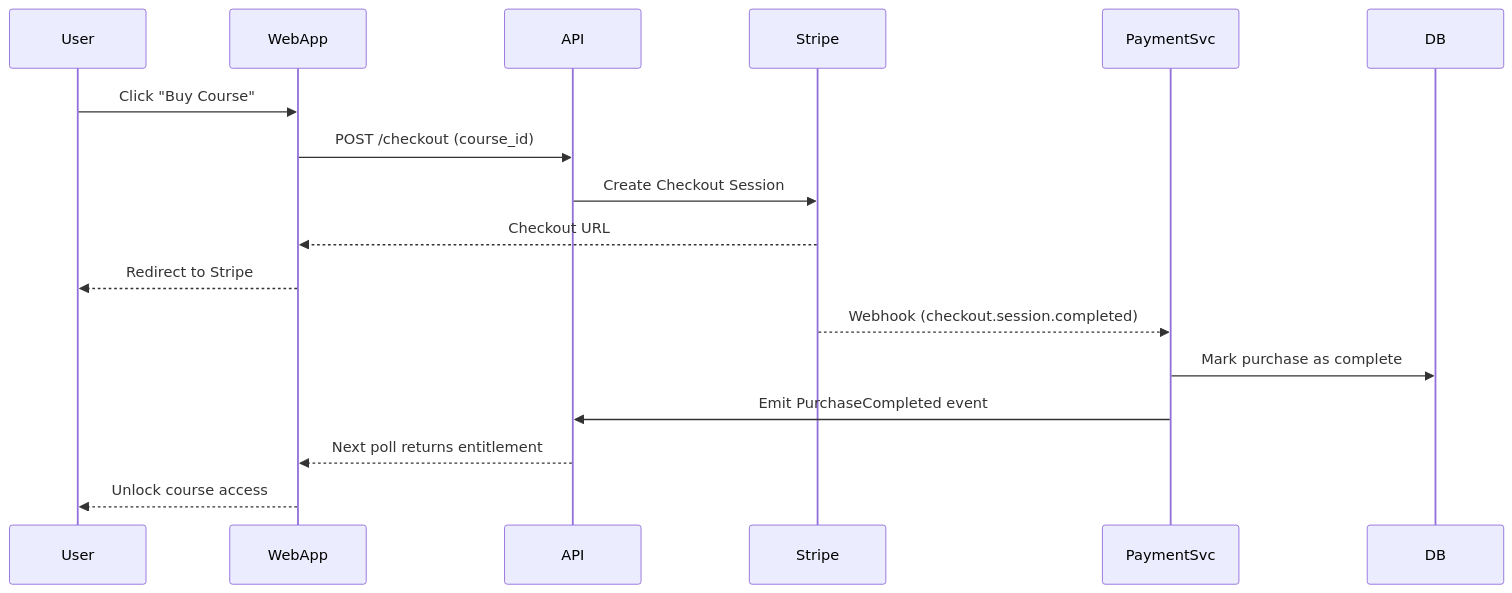
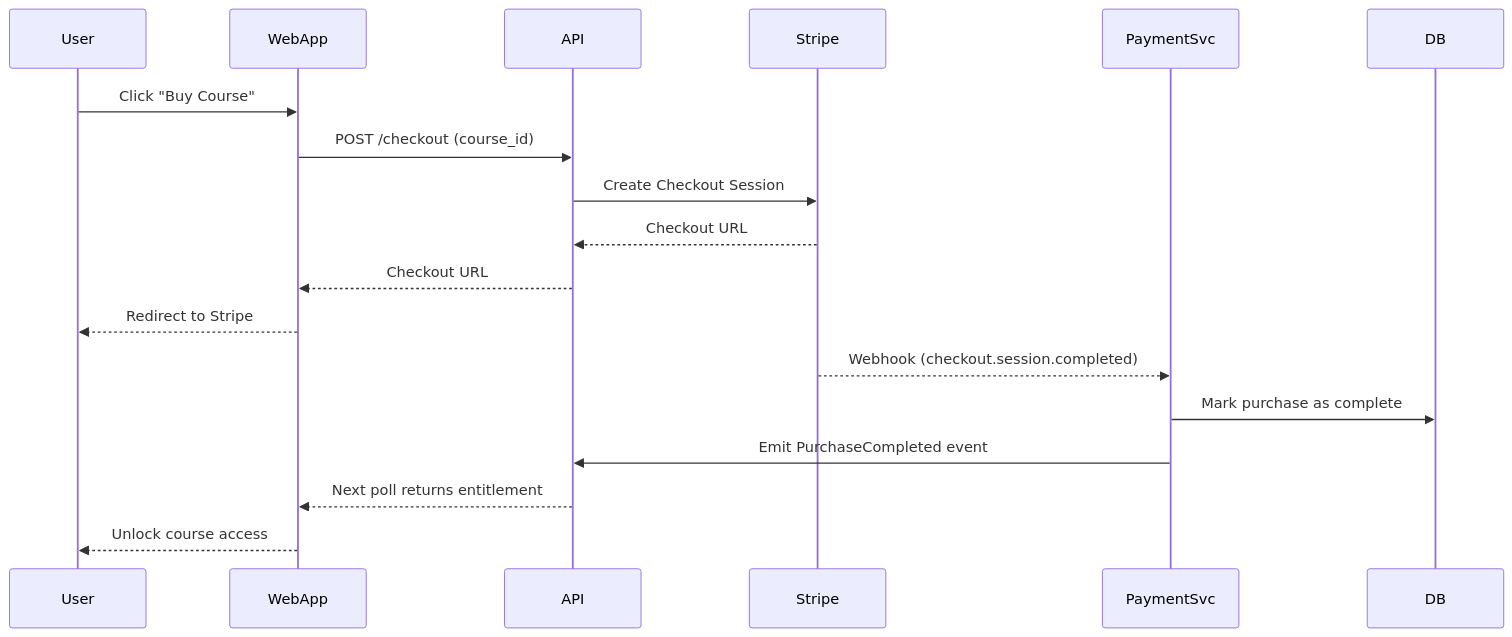
The third of 3 diagrams in docs/architecture.md (pranjulya/stack-hub-mvp), drawn with Mermaid before and after one commit. The commit also changed 1 other file, not shown here.

Commit message:
docs: explain Skillify naming and fix Stripe checkout diagram

````diff
--- a/docs/architecture.md
+++ b/docs/architecture.md
@@ -56,20 +56,21 @@
 ```mermaid
 sequenceDiagram
     participant User
     participant WebApp
     participant API
     participant Stripe
     participant PaymentSvc
     participant DB
 
     User->>WebApp: Click "Buy Course"
     WebApp->>API: POST /checkout (course_id)
     API->>Stripe: Create Checkout Session
-    Stripe-->>WebApp: Checkout URL
+    Stripe-->>API: Checkout URL
+    API-->>WebApp: Checkout URL
     WebApp-->>User: Redirect to Stripe
     Stripe-->>PaymentSvc: Webhook (checkout.session.completed)
     PaymentSvc->>DB: Mark purchase as complete
     PaymentSvc->>API: Emit PurchaseCompleted event
     API-->>WebApp: Next poll returns entitlement
     WebApp-->>User: Unlock course access
 ```
````
